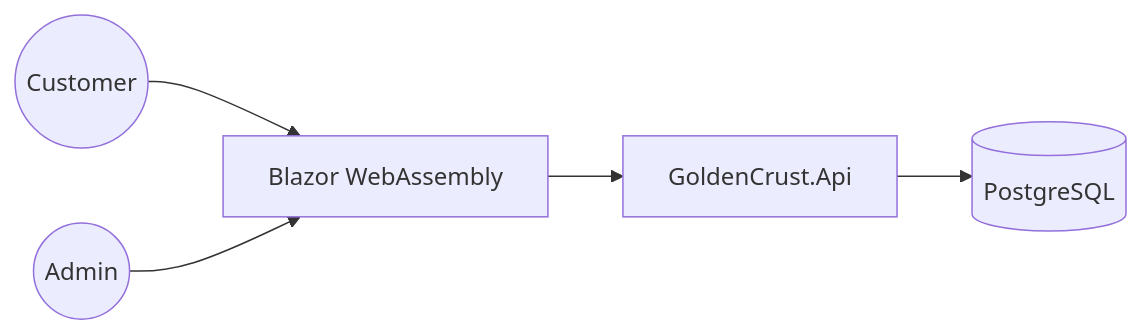
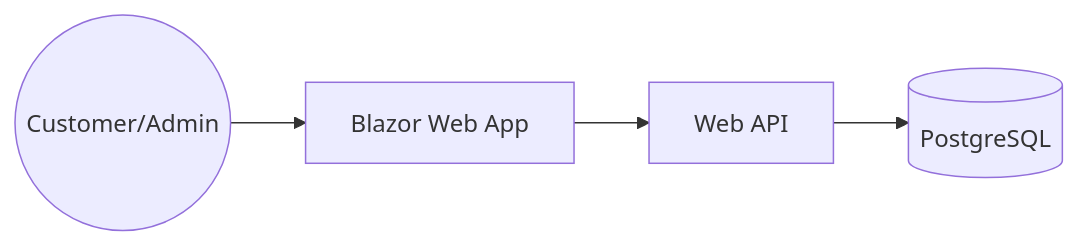
One commit to meghana-m-revankar/ai-builder changed the diagram in projects/golden-crust-bakery/docs/architecture.md. Above: the diagram before and after it, drawn with Mermaid. The commit also changed other lines of this file and 22 other files, not shown here.

Commit message:
AI build: Golden Crust Bakery

````diff
--- a/projects/golden-crust-bakery/docs/architecture.md
+++ b/projects/golden-crust-bakery/docs/architecture.md
@@ -7,7 +7,11 @@
 ```mermaid
 flowchart LR
-    User((Customer)) --> Web[Blazor WebAssembly]
-    Admin((Admin)) --> Web
-    Web --> API[GoldenCrust.Api]
-    API --> DB[(PostgreSQL)]
+    User((Customer/Admin))
+    Web[Blazor Web App]
+    Api[Web API]
+    Db[(PostgreSQL)]
+    
+    User --> Web
+    Web --> Api
+    Api --> Db
 ```
````
